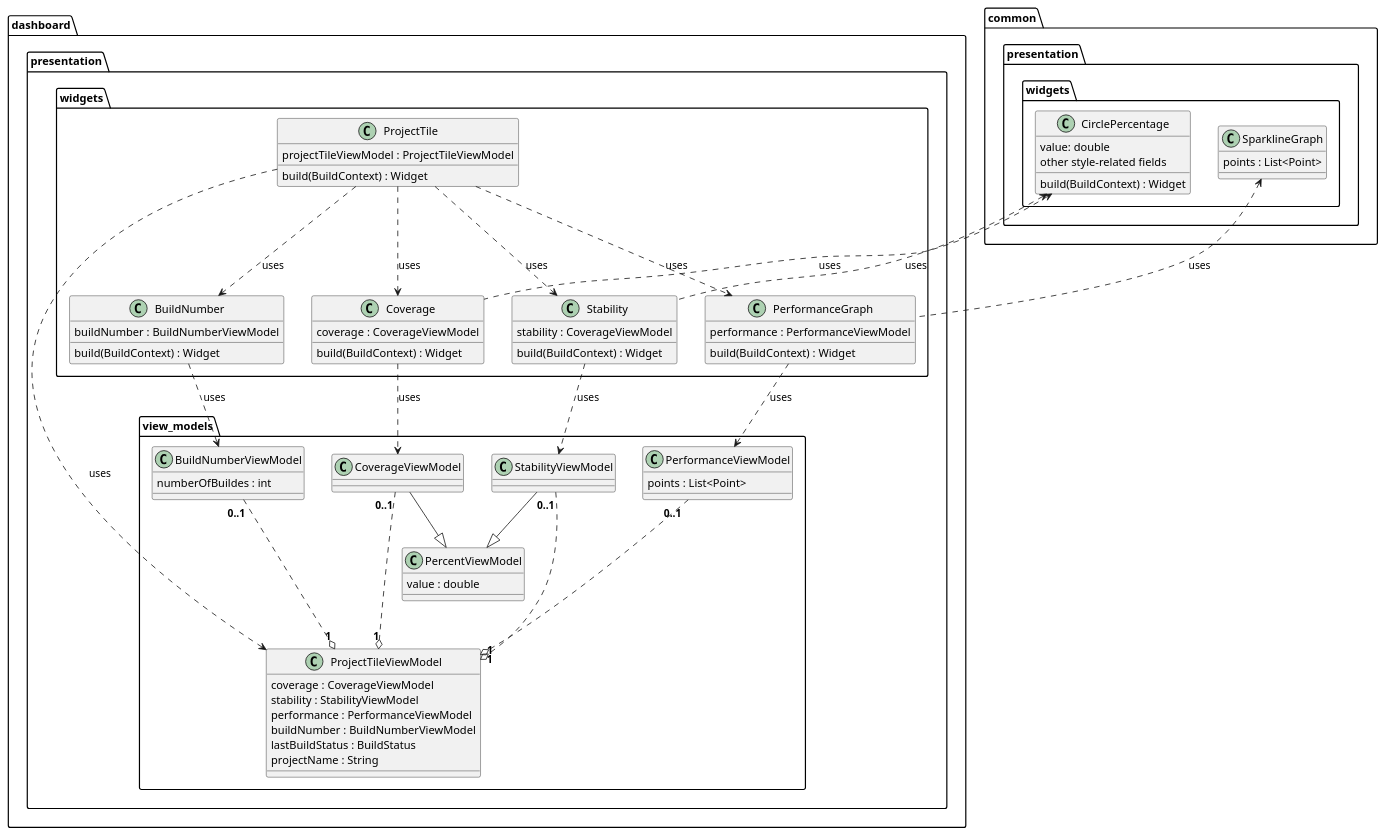
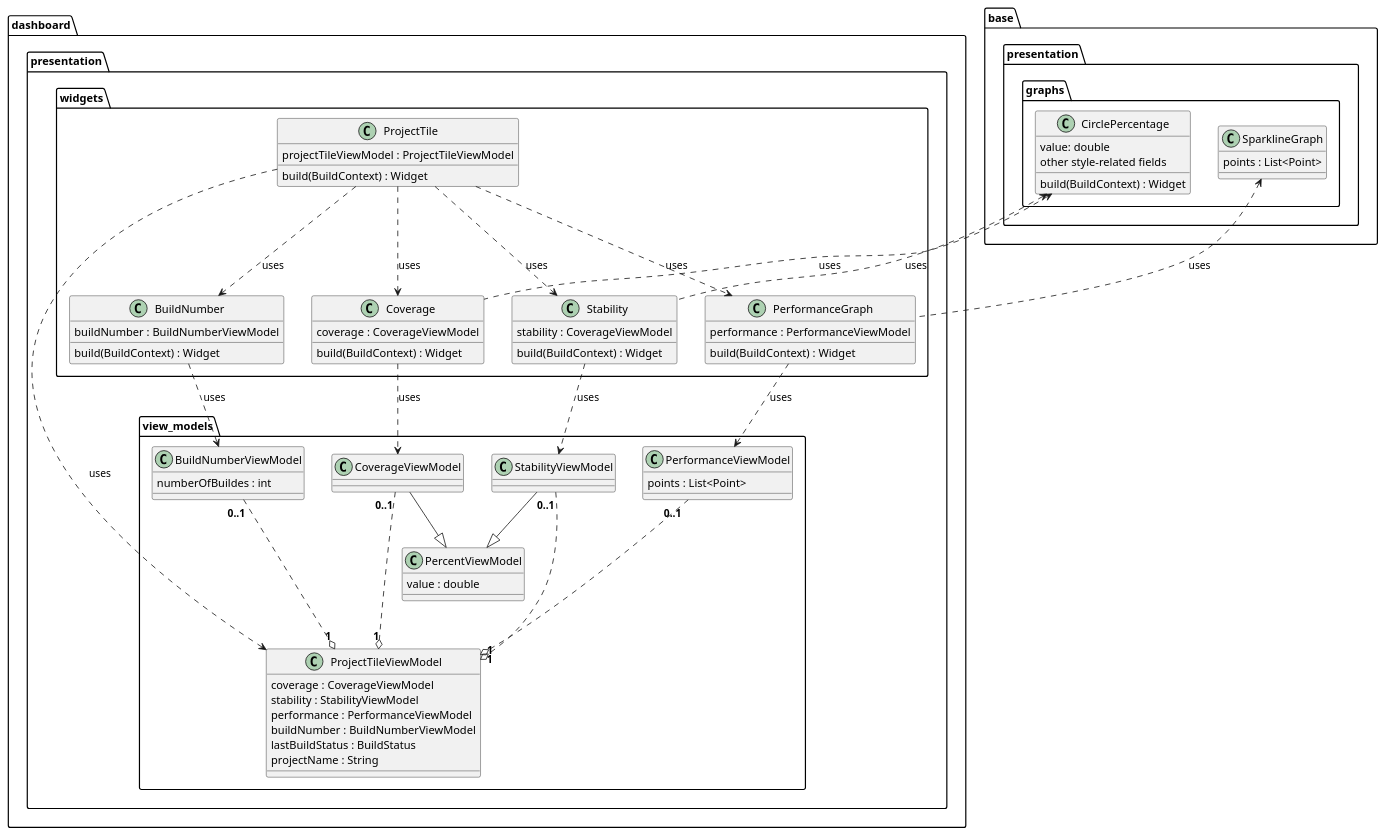
The diagram in metrics/web/docs/diagrams/view_model_usage_class_diagram.puml (Flank/flank-dashboard), drawn with PlantUML before and after one commit. The commit also changed 9 other files, not shown here.

Commit message:
Improve metrics web app architecture

```diff
--- a/metrics/web/docs/diagrams/view_model_usage_class_diagram.puml
+++ b/metrics/web/docs/diagrams/view_model_usage_class_diagram.puml
@@ -1,94 +1,94 @@
 @startuml view_model_usage_diagram
 
 package dashboard.presentation {
     package widgets {
         class ProjectTile {
             projectTileViewModel : ProjectTileViewModel
             build(BuildContext) : Widget
         }
 
         class Coverage {
             coverage : CoverageViewModel
             build(BuildContext) : Widget
         }
 
         class Stability {
             stability : CoverageViewModel
             build(BuildContext) : Widget
         }
 
         class BuildNumber {
             buildNumber : BuildNumberViewModel
             build(BuildContext) : Widget
         }
 
         class PerformanceGraph {
             performance : PerformanceViewModel
             build(BuildContext) : Widget
         }
     }
 
     package view_models {
         class ProjectTileViewModel {
             coverage : CoverageViewModel
             stability : StabilityViewModel
             performance : PerformanceViewModel
             buildNumber : BuildNumberViewModel
             lastBuildStatus : BuildStatus
             projectName : String
         }
 
         class PercentViewModel {
             value : double
         }
 
         class CoverageViewModel {}
 
         class StabilityViewModel {}
 
         class PerformanceViewModel {
             points : List<Point>
         }
 
         class BuildNumberViewModel {
             numberOfBuildes : int
         }
     }
 }
 
-package common.presentation.widgets {
+package base.presentation.graphs {
     class CirclePercentage {
         value: double
         other style-related fields
         build(BuildContext) : Widget
     }
 
     class SparklineGraph {
         points : List<Point>
     }
 }
 
 CoverageViewModel --|> PercentViewModel
 StabilityViewModel --|> PercentViewModel
 
 ProjectTileViewModel "**1**" o.up.. "**0..1**" BuildNumberViewModel
 ProjectTileViewModel "**1**" o.up.. "**0..1**" PerformanceViewModel
 ProjectTileViewModel "**1**" o.up.. "**0..1**" CoverageViewModel
 ProjectTileViewModel "**1**" o.up.. "**0..1**" StabilityViewModel
 
 ProjectTile ..> Coverage : uses
 ProjectTile ..> Stability : uses
 ProjectTile ..> BuildNumber : uses
 ProjectTile ..> PerformanceGraph : uses
 
 PerformanceGraph .up.> SparklineGraph : uses
 Coverage .up.> CirclePercentage : uses
 Stability .up.> CirclePercentage : uses
 
 ProjectTile ..> ProjectTileViewModel : uses
 Coverage ..> CoverageViewModel : uses
 Stability ..> StabilityViewModel : uses
 BuildNumber ..> BuildNumberViewModel : uses
 PerformanceGraph ..> PerformanceViewModel : uses
 
 @enduml
```
